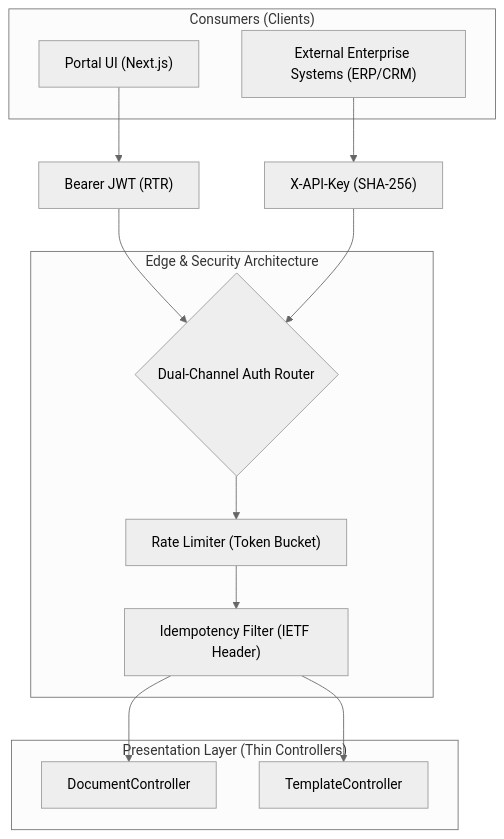
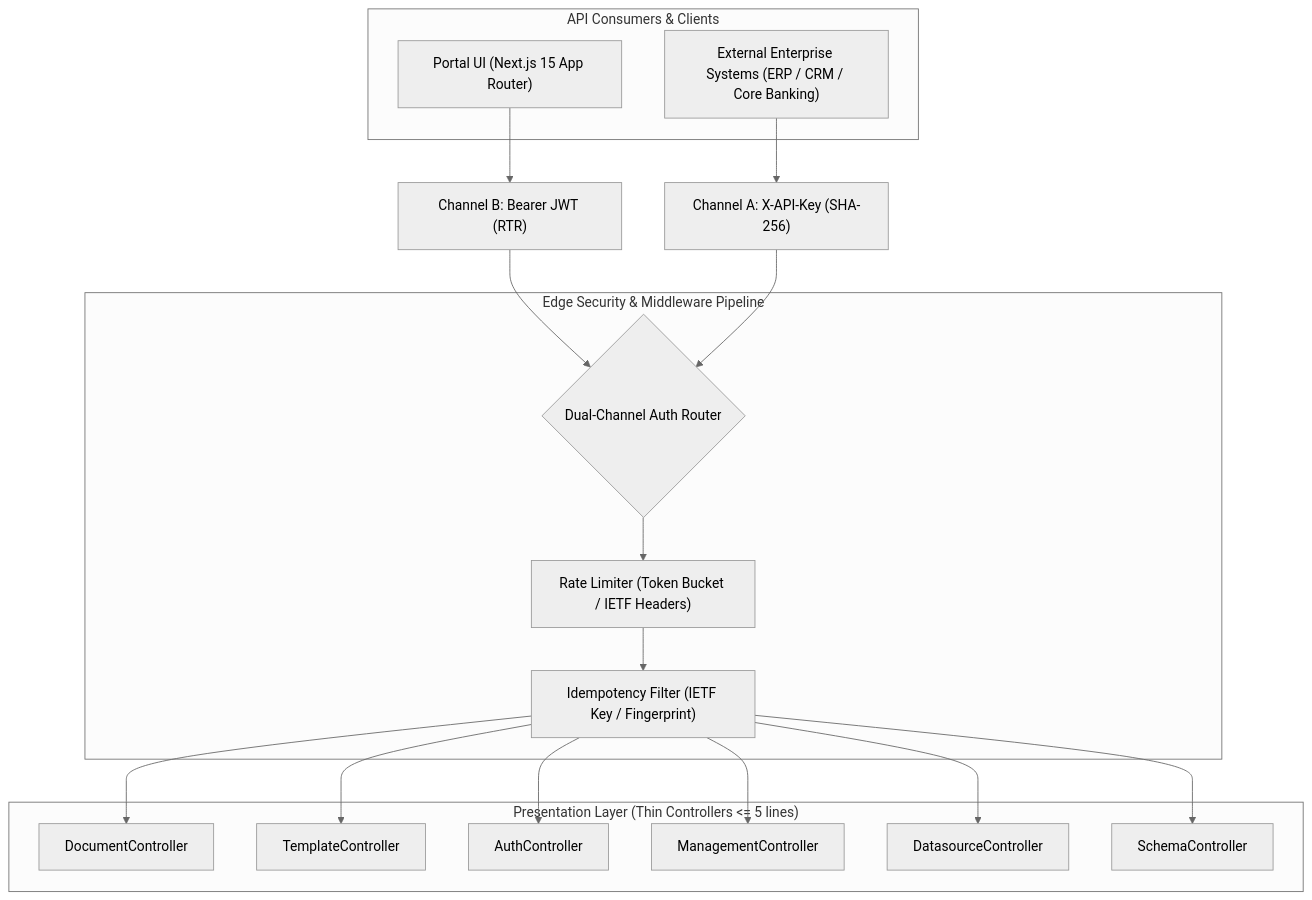
The diagram in docs/AI/API_CONTRACT.md (suang05/doc_template), drawn with Mermaid (neutral theme) before and after one commit. The commit also changed other lines of this file, not shown here.

Commit message:
feat: add comprehensive API contract and authentication specification documentation

````diff
--- a/docs/AI/API_CONTRACT.md
+++ b/docs/AI/API_CONTRACT.md
@@ -17,33 +22,41 @@
 ```mermaid
 graph TD
-    subgraph Consumers["Consumers (Clients)"]
-        UI["Portal UI (Next.js)"]
-        ERP["External Enterprise Systems (ERP/CRM)"]
+    subgraph Consumers["API Consumers & Clients"]
+        UI["Portal UI (Next.js 15 App Router)"]
+        ERP["External Enterprise Systems (ERP / CRM / Core Banking)"]
     end
 
-    JWT["Bearer JWT (RTR)"]
-    APIKey["X-API-Key (SHA-256)"]
+    JWT["Channel B: Bearer JWT (RTR)"]
+    APIKey["Channel A: X-API-Key (SHA-256)"]
 
     UI --> JWT
     ERP --> APIKey
 
-    subgraph Edge["Edge & Security Architecture"]
+    subgraph Edge["Edge Security & Middleware Pipeline"]
         Router{"Dual-Channel Auth Router"}
-        RateLimit["Rate Limiter (Token Bucket)"]
-        Idempotency["Idempotency Filter (IETF Header)"]
+        RateLimit["Rate Limiter (Token Bucket / IETF Headers)"]
+        Idempotency["Idempotency Filter (IETF Key / Fingerprint)"]
         
         Router --> RateLimit
         RateLimit --> Idempotency
     end
 
     JWT --> Router
     APIKey --> Router
 
-    subgraph Presentation["Presentation Layer (Thin Controllers)"]
+    subgraph Presentation["Presentation Layer (Thin Controllers <= 5 lines)"]
         DocCtrl["DocumentController"]
         TempCtrl["TemplateController"]
+        AuthCtrl["AuthController"]
+        MgmtCtrl["ManagementController"]
+        DataCtrl["DatasourceController"]
+        SchemaCtrl["SchemaController"]
     end
 
     Idempotency --> DocCtrl
     Idempotency --> TempCtrl
+    Idempotency --> AuthCtrl
+    Idempotency --> MgmtCtrl
+    Idempotency --> DataCtrl
+    Idempotency --> SchemaCtrl
 ```
````
